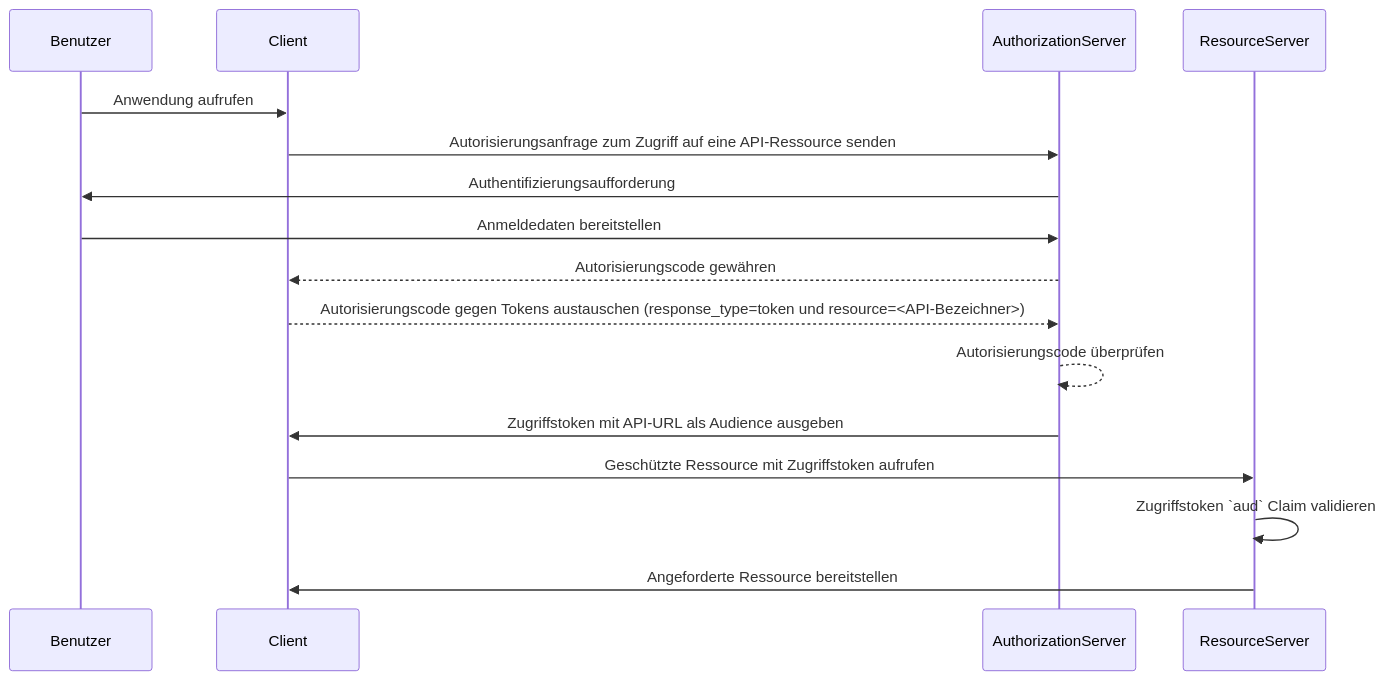
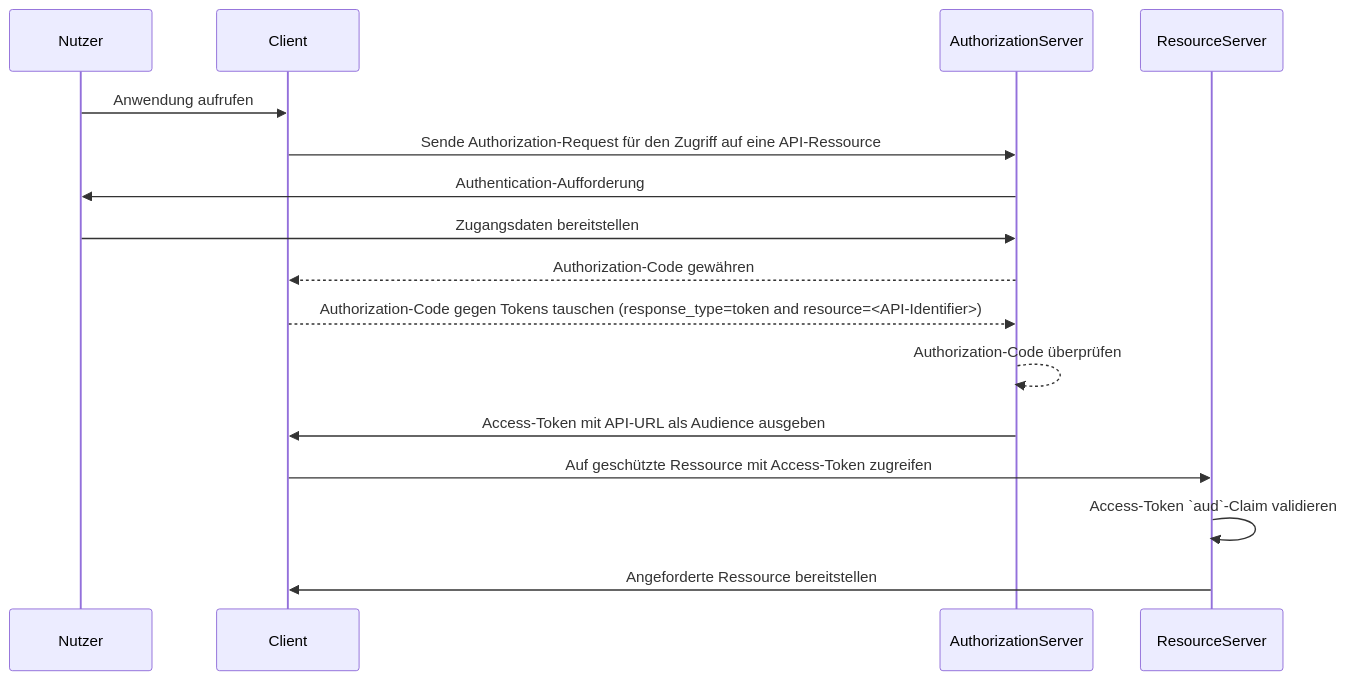
Before and after one commit to logto-io/auth-wiki: the second of 2 diagrams in src/content/terms/de/audience.mdx, drawn with Mermaid. The commit also changed other lines of this file and 48 other files, not shown here.

````diff
--- a/src/content/terms/de/audience.mdx
+++ b/src/content/terms/de/audience.mdx
@@ -93,19 +93,19 @@
 ```mermaid
 sequenceDiagram
-    participant Benutzer
+    participant Nutzer
     participant Client
     participant AuthorizationServer
     participant ResourceServer
 
-    Benutzer->>Client: Anwendung aufrufen
-    Client->>AuthorizationServer: Autorisierungsanfrage zum Zugriff auf eine API-Ressource senden
-    AuthorizationServer->>Benutzer: Authentifizierungsaufforderung
-    Benutzer->>AuthorizationServer: Anmeldedaten bereitstellen
-    AuthorizationServer-->>Client: Autorisierungscode gewähren
-    Client-->>AuthorizationServer: Autorisierungscode gegen Tokens austauschen (response_type=token und resource=<API-Bezeichner>)
-    AuthorizationServer-->>AuthorizationServer: Autorisierungscode überprüfen
-    AuthorizationServer->>Client: Zugriffstoken mit API-URL als Audience ausgeben
-    Client->>ResourceServer: Geschützte Ressource mit Zugriffstoken aufrufen
-    ResourceServer->>ResourceServer: Zugriffstoken `aud` Claim validieren
+    Nutzer->>Client: Anwendung aufrufen
+    Client->>AuthorizationServer: Sende Authorization-Request für den Zugriff auf eine API-Ressource
+    AuthorizationServer->>Nutzer: Authentication-Aufforderung
+    Nutzer->>AuthorizationServer: Zugangsdaten bereitstellen
+    AuthorizationServer-->>Client: Authorization-Code gewähren
+    Client-->>AuthorizationServer: Authorization-Code gegen Tokens tauschen (response_type=token and resource=<API-Identifier>)
+    AuthorizationServer-->>AuthorizationServer: Authorization-Code überprüfen
+    AuthorizationServer->>Client: Access-Token mit API-URL als Audience ausgeben
+    Client->>ResourceServer: Auf geschützte Ressource mit Access-Token zugreifen
+    ResourceServer->>ResourceServer: Access-Token `aud`-Claim validieren
     ResourceServer->>Client: Angeforderte Ressource bereitstellen
 ```
````
